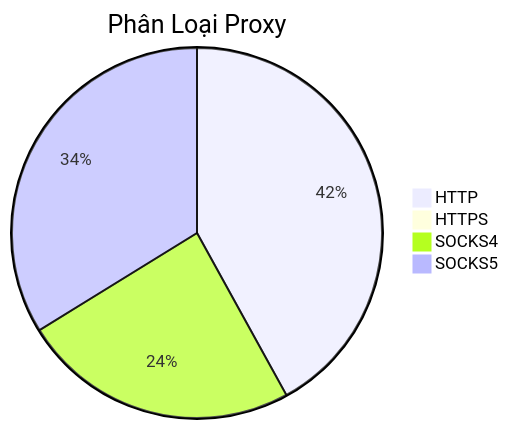
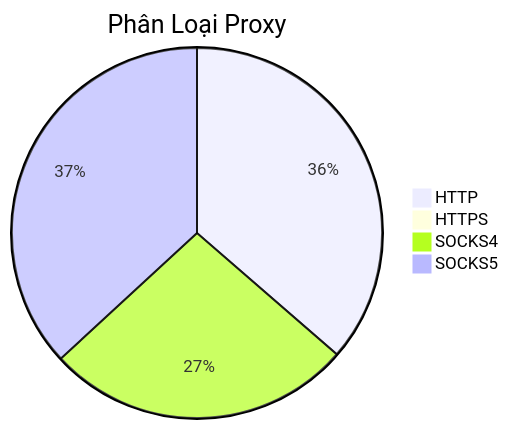
Before and after one commit to Ciara-12/PROXY-free: the diagram in README.md, drawn with Mermaid. The commit also changed other lines of this file and 3 other files, not shown here.

````diff
--- a/README.md
+++ b/README.md
@@ -26,7 +26,7 @@
 ```mermaid
 pie title Phân Loại Proxy
-    "HTTP" : 395
+    "HTTP" : 303
     "HTTPS" : 0
-    "SOCKS4" : 228
-    "SOCKS5" : 318
+    "SOCKS4" : 223
+    "SOCKS5" : 307
 ```
````
